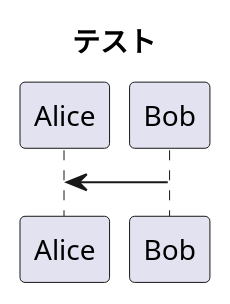
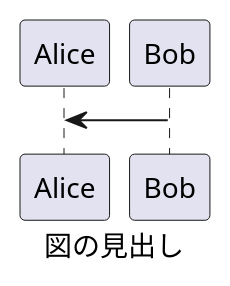
One commit to Hondarer/pub_markdown changed the diagram in doc/subfolder/index.md. Above: the diagram before and after it, drawn with PlantUML.

Commit message:
サンプル修正

````diff
--- a/doc/subfolder/index.md
+++ b/doc/subfolder/index.md
@@ -12,6 +12,6 @@
 ```plantuml
 @startuml テスト
-    title テスト
+    caption 図の見出し
     Alice <- Bob
 @enduml
 ```
````
